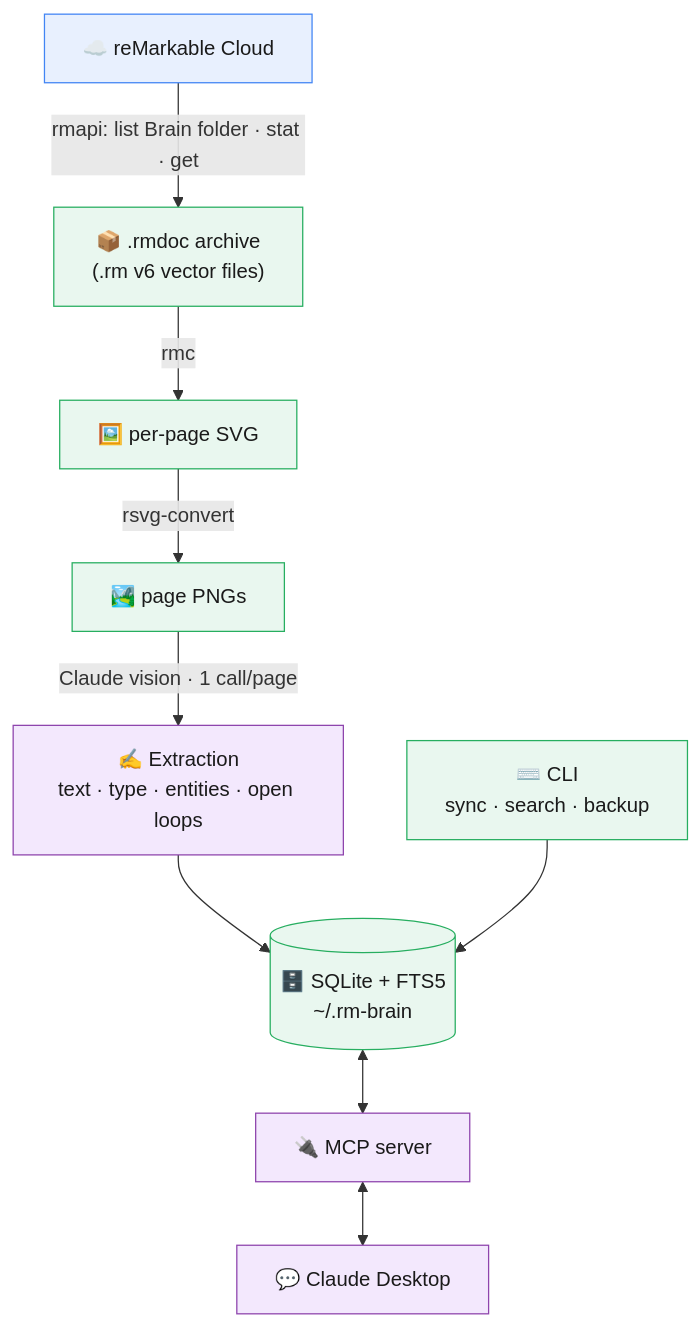
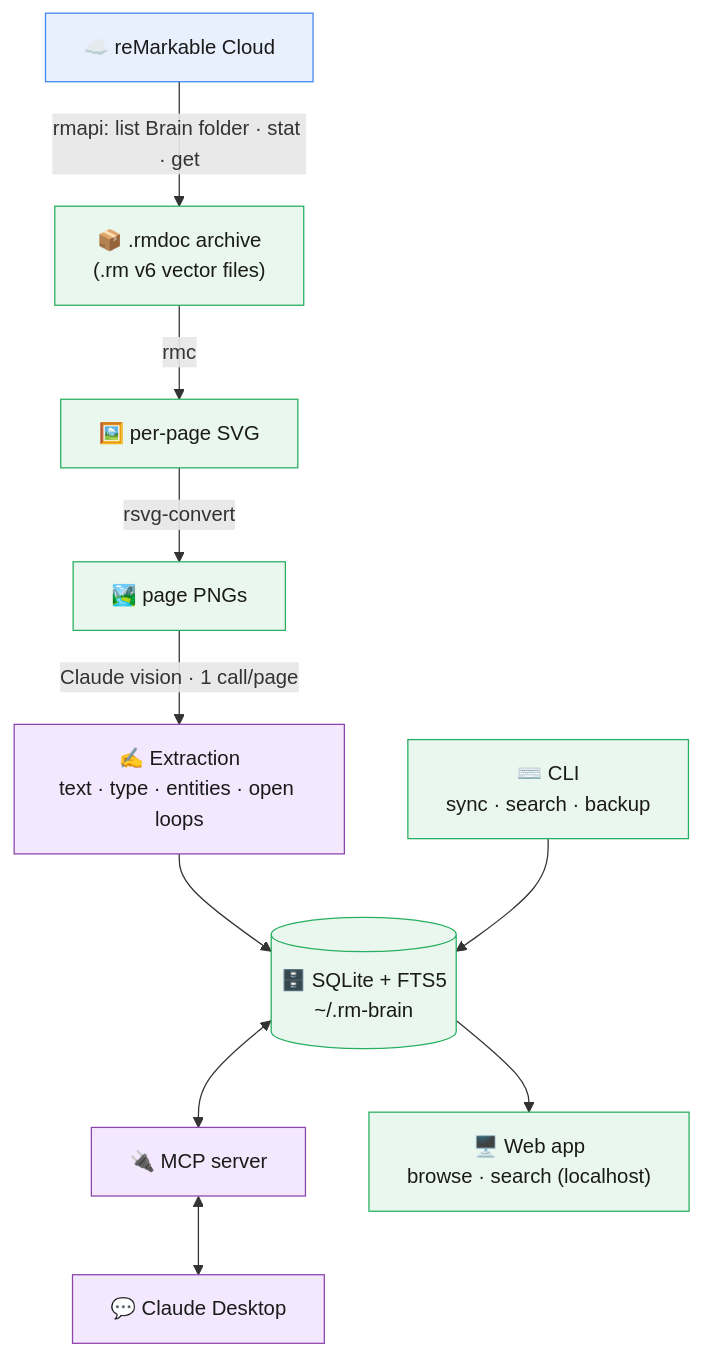
Before and after one commit to gabrielanhaia/remarkable-brain: the diagram in README.md, drawn with Mermaid. The commit also changed other lines of this file and 7 other files, not shown here.

````diff
--- a/README.md
+++ b/README.md
@@ -49,18 +49,19 @@
 ```mermaid
 flowchart TD
     A["☁️ reMarkable Cloud"] -->|"rmapi: list Brain folder · stat · get"| B["📦 .rmdoc archive<br/>(.rm v6 vector files)"]
     B -->|rmc| C["🖼️ per-page SVG"]
     C -->|rsvg-convert| D["🏞️ page PNGs"]
     D -->|"Claude vision · 1 call/page"| E["✍️ Extraction<br/>text · type · entities · open loops"]
     E --> F[("🗄️ SQLite + FTS5<br/>~/.rm-brain")]
     CLI["⌨️ CLI<br/>sync · search · backup"] --> F
     F <--> G["🔌 MCP server"]
     G <--> H["💬 Claude Desktop"]
+    F --> W["🖥️ Web app<br/>browse · search (localhost)"]
 
     classDef cloud fill:#e8f0fe,stroke:#4285f4,color:#1a1a1a;
     classDef local fill:#e9f7ef,stroke:#27ae60,color:#1a1a1a;
     classDef ai fill:#f3e8fd,stroke:#8e44ad,color:#1a1a1a;
     class A cloud;
-    class B,C,D,F,CLI local;
+    class B,C,D,F,CLI,W local;
     class E,G,H ai;
 ```
````
